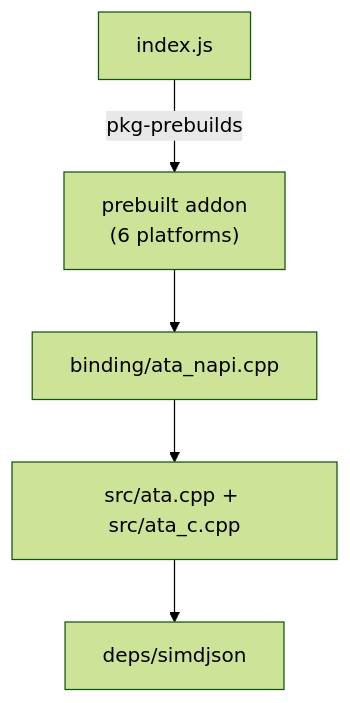
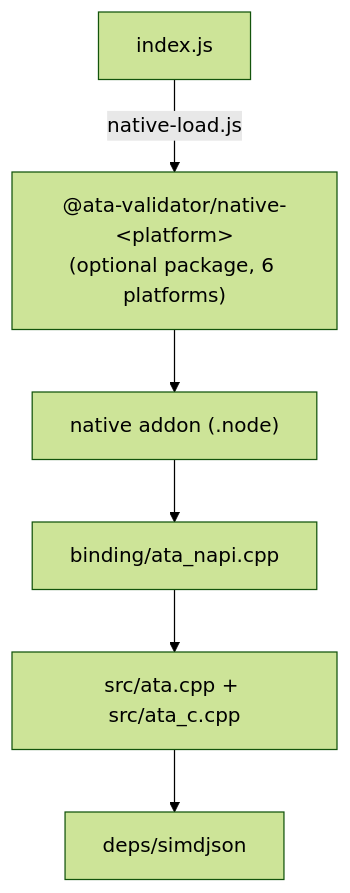
Before and after one commit to ata-core/ata-validator: the sixth of 6 diagrams in ARCHITECTURE.md, drawn with Mermaid (forest theme). The commit also changed other lines of this file and 10 other files, not shown here.

Commit message:
docs: finish the pkg-prebuilds cleanup

````diff
--- a/ARCHITECTURE.md
+++ b/ARCHITECTURE.md
@@ -189,7 +191,8 @@
 ```mermaid
 flowchart TD
-  IDX["index.js"] -->|pkg-prebuilds| ADDON["prebuilt addon<br/>(6 platforms)"]
+  IDX["index.js"] -->|native-load.js| PKG["@ata-validator/native-&lt;platform&gt;<br/>(optional package, 6 platforms)"]
+  PKG --> ADDON["native addon (.node)"]
   ADDON --> NAPI["binding/ata_napi.cpp"]
   NAPI --> CORE["src/ata.cpp + src/ata_c.cpp"]
   CORE --> SIMD["deps/simdjson"]
 ```
````
